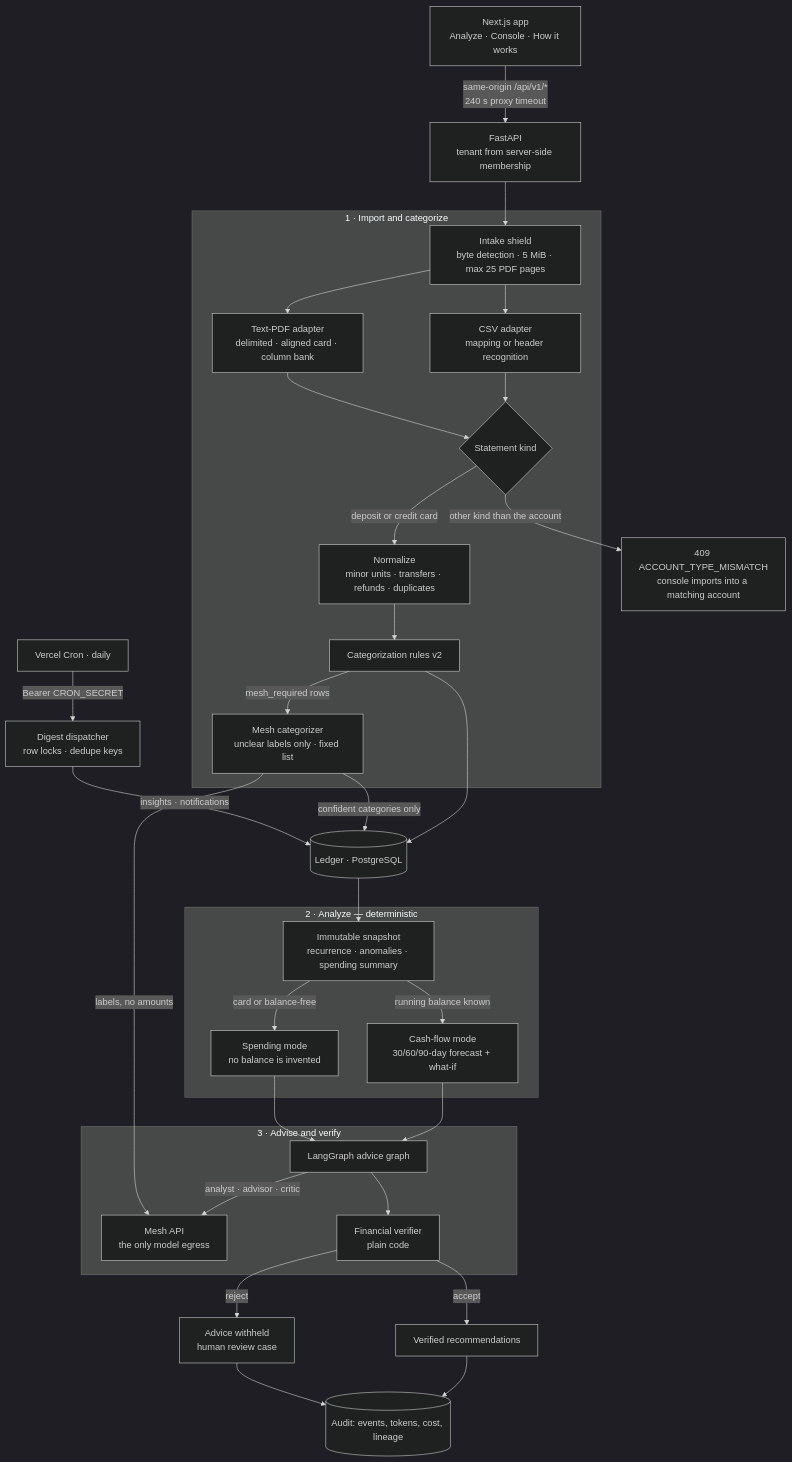
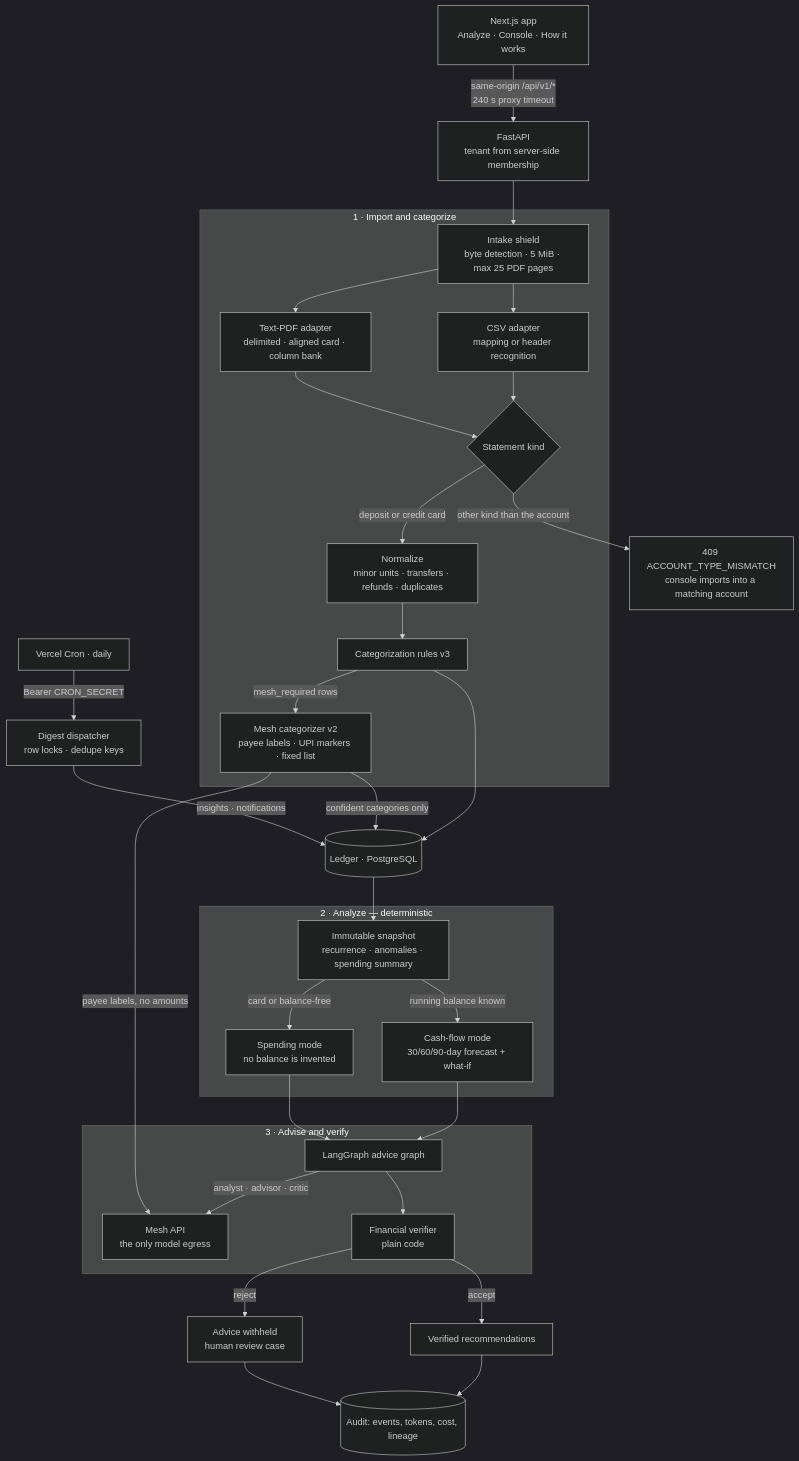
The first of 2 diagrams in README.md (aiengineer-labs/finpilot-financial-intelligence-system), drawn with Mermaid (dark theme) before and after one commit. The commit also changed other lines of this file and 1 other file, not shown here.

First line of the commit message:
docs: describe categorizer v2 and the live-advisor red team in the README

````diff
--- a/README.md
+++ b/README.md
@@ -11,51 +11,51 @@
 ```mermaid
 flowchart TB
   UI["Next.js app<br/>Analyze · Console · How it works"] -->|"same-origin /api/v1/*<br/>240 s proxy timeout"| API["FastAPI<br/>tenant from server-side membership"]
 
   subgraph IMPORT["1 · Import and categorize"]
     INTAKE["Intake shield<br/>byte detection · 5 MiB · max 25 PDF pages"]
     CSV["CSV adapter<br/>mapping or header recognition"]
     PDF["Text-PDF adapter<br/>delimited · aligned card · column bank"]
     KIND{"Statement kind"}
     NORM["Normalize<br/>minor units · transfers · refunds · duplicates"]
-    CAT["Categorization rules v2"]
-    SEM["Mesh categorizer<br/>unclear labels only · fixed list"]
+    CAT["Categorization rules v3"]
+    SEM["Mesh categorizer v2<br/>payee labels · UPI markers · fixed list"]
   end
   API --> INTAKE
   INTAKE --> CSV
   INTAKE --> PDF
   CSV --> KIND
   PDF --> KIND
   KIND -->|"other kind than the account"| MISMATCH["409 ACCOUNT_TYPE_MISMATCH<br/>console imports into a matching account"]
   KIND -->|"deposit or credit card"| NORM
   NORM --> CAT --> LEDGER[("Ledger · PostgreSQL")]
   CAT -->|"mesh_required rows"| SEM
   SEM -->|"confident categories only"| LEDGER
 
   subgraph ANALYZE["2 · Analyze — deterministic"]
     SNAP["Immutable snapshot<br/>recurrence · anomalies · spending summary"]
     CASH["Cash-flow mode<br/>30/60/90-day forecast + what-if"]
     SPEND["Spending mode<br/>no balance is invented"]
   end
   LEDGER --> SNAP
   SNAP -->|"running balance known"| CASH
   SNAP -->|"card or balance-free"| SPEND
 
   subgraph ADVISE["3 · Advise and verify"]
     GRAPH["LangGraph advice graph"]
     MESH["Mesh API<br/>the only model egress"]
     VERIFY["Financial verifier<br/>plain code"]
   end
   CASH --> GRAPH
   SPEND --> GRAPH
   GRAPH -->|"analyst · advisor · critic"| MESH
-  SEM -->|"labels, no amounts"| MESH
+  SEM -->|"payee labels, no amounts"| MESH
   GRAPH --> VERIFY
   VERIFY -->|"accept"| REC["Verified recommendations"]
   VERIFY -->|"reject"| HOLD["Advice withheld<br/>human review case"]
   REC --> AUDIT[("Audit: events, tokens, cost, lineage")]
   HOLD --> AUDIT
 
   CRON["Vercel Cron · daily"] -->|"Bearer CRON_SECRET"| DIGEST["Digest dispatcher<br/>row locks · dedupe keys"]
   DIGEST -->|"insights · notifications"| LEDGER
 ```
````
